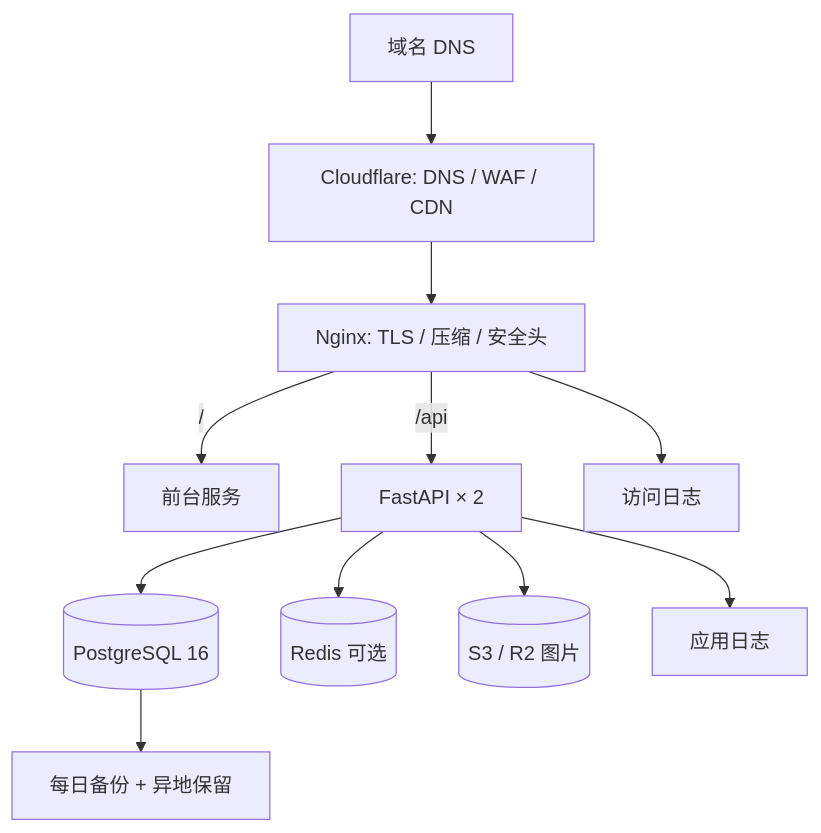
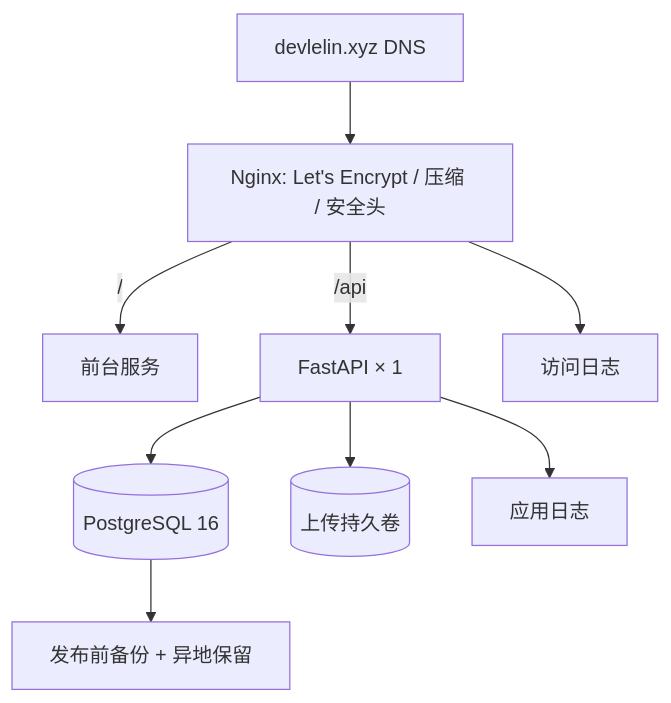
Before and after one commit to Coming-zll0722/CTY_Weblog: the third of 3 diagrams in docs/ARCHITECTURE.md, drawn with Mermaid. The commit also changed other lines of this file and 191 other files, not shown here.

````diff
--- a/docs/ARCHITECTURE.md
+++ b/docs/ARCHITECTURE.md
@@ -49,13 +49,11 @@
 ```mermaid
 flowchart TB
-    DNS[域名 DNS] --> CF[Cloudflare: DNS / WAF / CDN]
-    CF --> N[Nginx: TLS / 压缩 / 安全头]
+    DNS[devlelin.xyz DNS] --> N[Nginx: Let's Encrypt / 压缩 / 安全头]
     N -->|/| WEB[前台服务]
-    N -->|/api| FASTAPI[FastAPI × 2]
+    N -->|/api| FASTAPI[FastAPI × 1]
     FASTAPI --> PG[(PostgreSQL 16)]
-    FASTAPI --> R[(Redis 可选)]
-    FASTAPI --> S3[(S3 / R2 图片)]
-    PG --> B[每日备份 + 异地保留]
+    FASTAPI --> U[(上传持久卷)]
+    PG --> B[发布前备份 + 异地保留]
     N --> L[访问日志]
     FASTAPI --> L2[应用日志]
 ```
````
